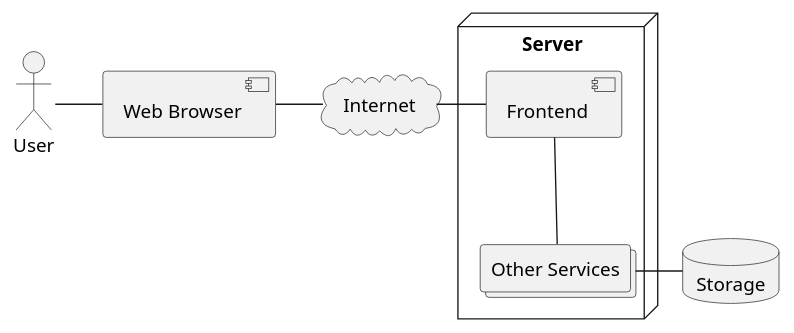
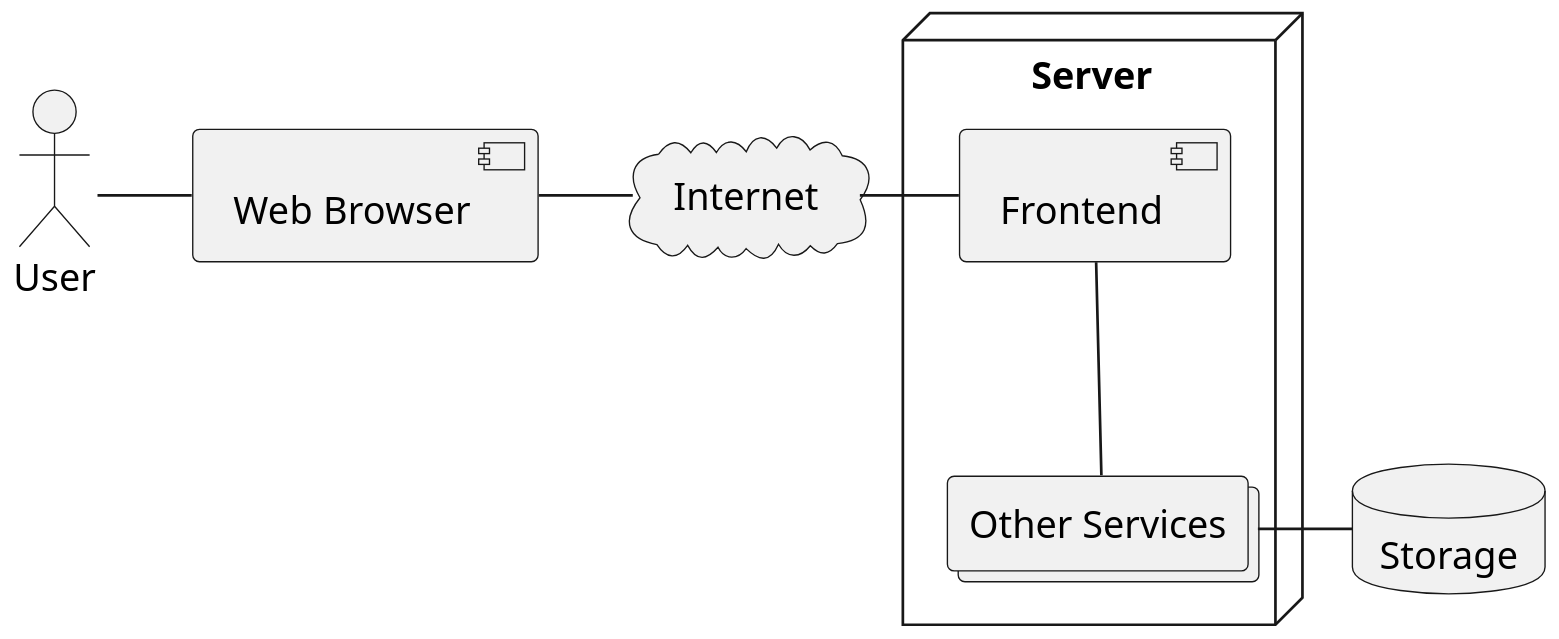
The second of 2 diagrams in Lectures/20-Application-Development/AA-Application-Development.org (bth-dipt-teaching/PA1489-Basic-SE), drawn with PlantUML before and after one commit. The commit also changed other lines of this file and 6 other files, not shown here.

```diff
--- a/Lectures/20-Application-Development/AA-Application-Development.org
+++ b/Lectures/20-Application-Development/AA-Application-Development.org
@@ -80,16 +81,17 @@
 #+begin_src plantuml :file webapp.png
+scale 2
 actor User
 component "Web Browser" as wb
 cloud Internet
 node Server {
 component "Frontend" as fe
 collections "Other Services" as os
 }
 database Storage
 
 User - wb
 wb - Internet
 Internet - fe
 fe -- os
 os - Storage
 #+end_src
```
